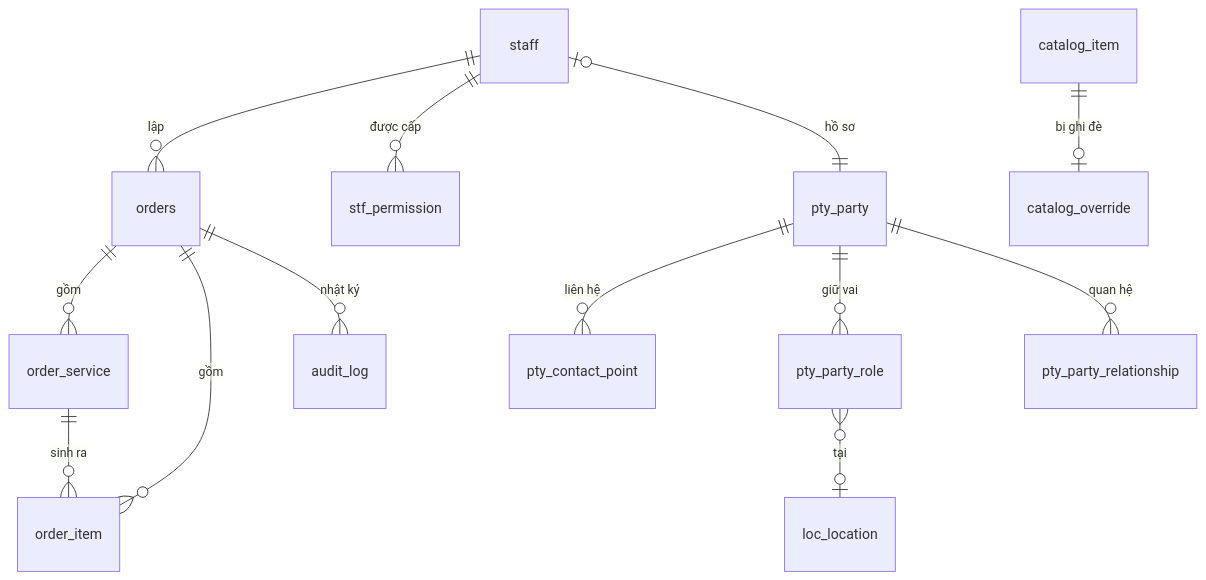
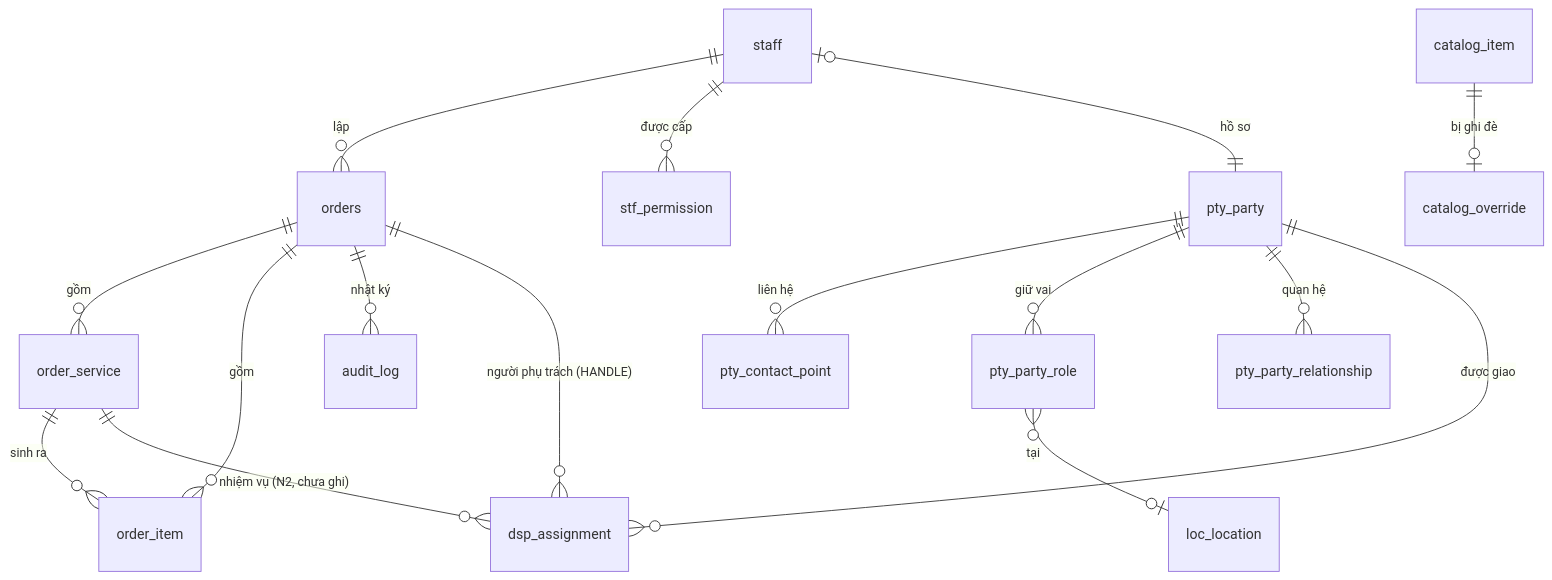
The third of 4 diagrams in docs/SYSTEM-DESIGN.md (luutuanvu1010/tourdaobooking), drawn with Mermaid before and after one commit. The commit also changed other lines of this file and 9 other files, not shown here.

````diff
--- a/docs/SYSTEM-DESIGN.md
+++ b/docs/SYSTEM-DESIGN.md
@@ -183,15 +187,18 @@
 ```mermaid
 erDiagram
   staff ||--o{ orders : "lập"
   staff ||--o{ stf_permission : "được cấp"
   staff |o--|| pty_party : "hồ sơ"
   orders ||--o{ order_service : "gồm"
   orders ||--o{ order_item : "gồm"
   order_service ||--o{ order_item : "sinh ra"
   catalog_item ||--o| catalog_override : "bị ghi đè"
   pty_party ||--o{ pty_contact_point : "liên hệ"
   pty_party ||--o{ pty_party_role : "giữ vai"
   pty_party_role }o--o| loc_location : "tại"
   pty_party ||--o{ pty_party_relationship : "quan hệ"
   orders ||--o{ audit_log : "nhật ký"
+  orders ||--o{ dsp_assignment : "người phụ trách (HANDLE)"
+  order_service ||--o{ dsp_assignment : "nhiệm vụ (N2, chưa ghi)"
+  pty_party ||--o{ dsp_assignment : "được giao"
 ```
````
